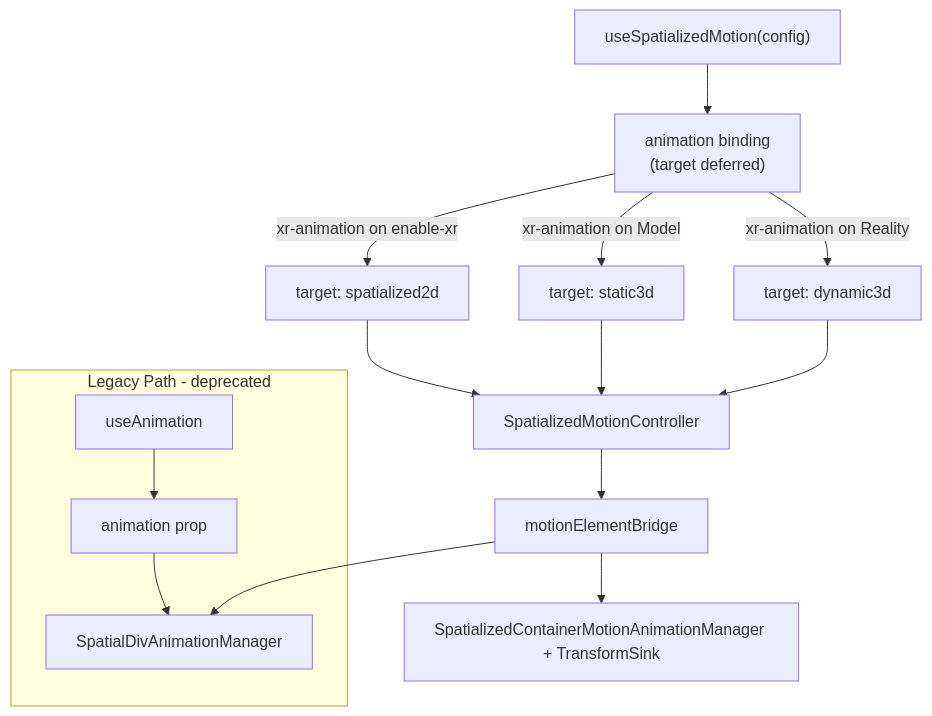
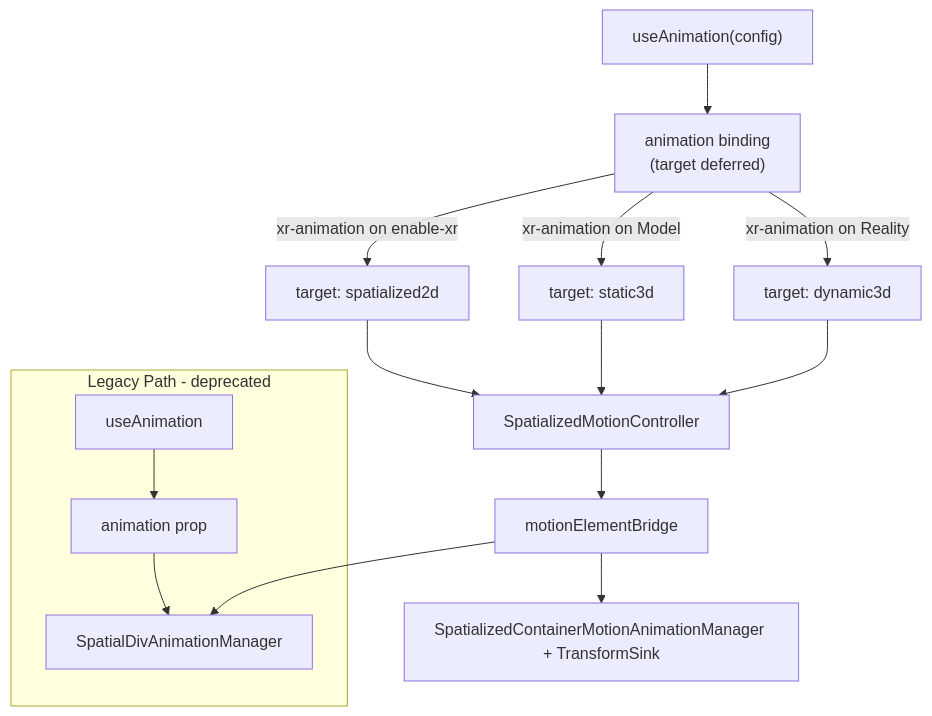
Before and after one commit to webspatial/webspatial-sdk: the first of 2 diagrams in openspec/changes/spatialized-element-motion-api/design.md, drawn with Mermaid. The commit also changed other lines of this file and 75 other files, not shown here.

Commit message:
refactor useSpatialized to useAnimation

````diff
--- a/openspec/changes/spatialized-element-motion-api/design.md
+++ b/openspec/changes/spatialized-element-motion-api/design.md
@@ -42,19 +42,19 @@
 ```mermaid
 flowchart TB
-  Hook["useSpatializedMotion(config)"] --> Binding["animation binding
+  Hook["useAnimation(config)"] --> Binding["animation binding
 (target deferred)"]
   Binding --> |"xr-animation on enable-xr"| Resolve2D["target: spatialized2d"]
   Binding --> |"xr-animation on Model"| Resolve3D["target: static3d"]
   Binding --> |"xr-animation on Reality"| ResolveD3["target: dynamic3d"]
   Resolve2D --> Core[SpatializedMotionController]
   Resolve3D --> Core
   ResolveD3 --> Core
   Core --> Bridge[motionElementBridge]
   Bridge --> N2D[SpatialDivAnimationManager]
   Bridge --> N3D[SpatializedContainerMotionAnimationManager + TransformSink]
   
   subgraph Legacy[Legacy Path - deprecated]
     LegacyHook[useAnimation] --> LegacyBinding[animation prop]
     LegacyBinding --> N2D
   end
 ```
````
